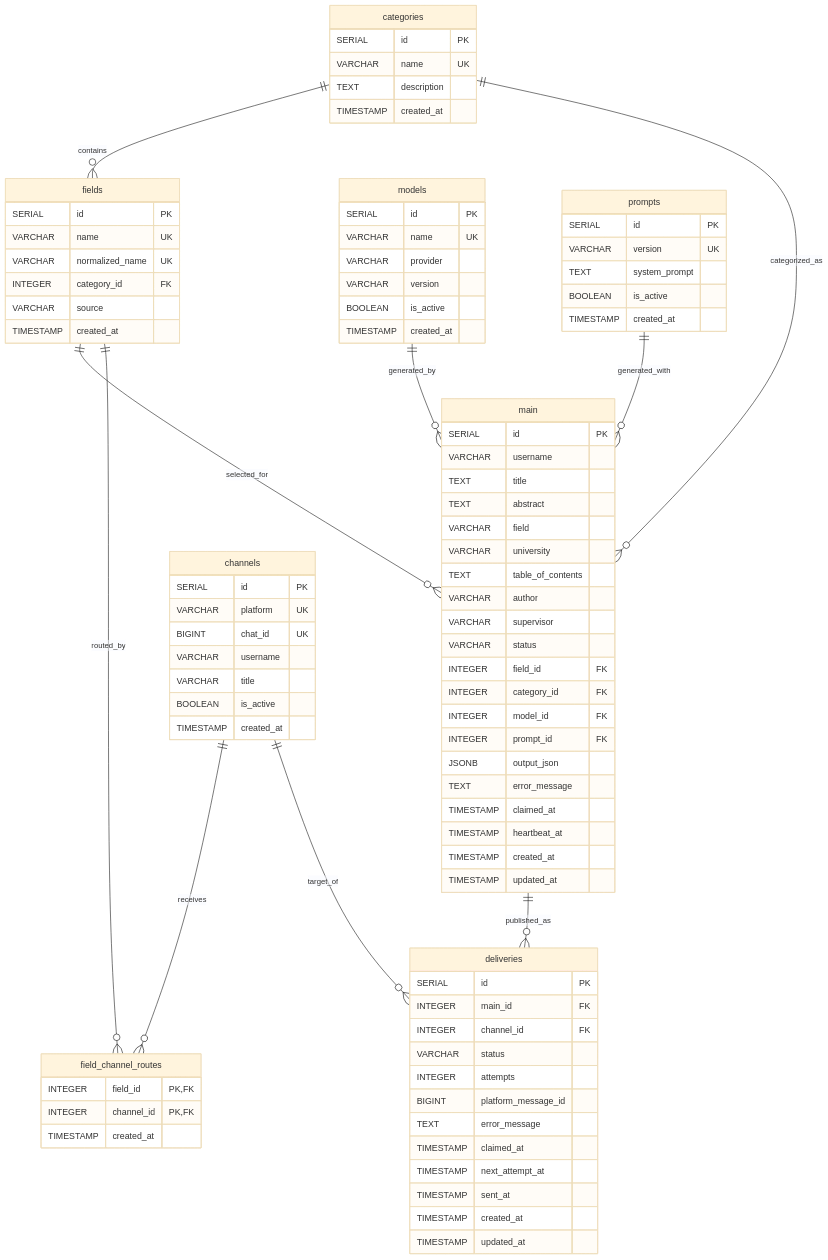
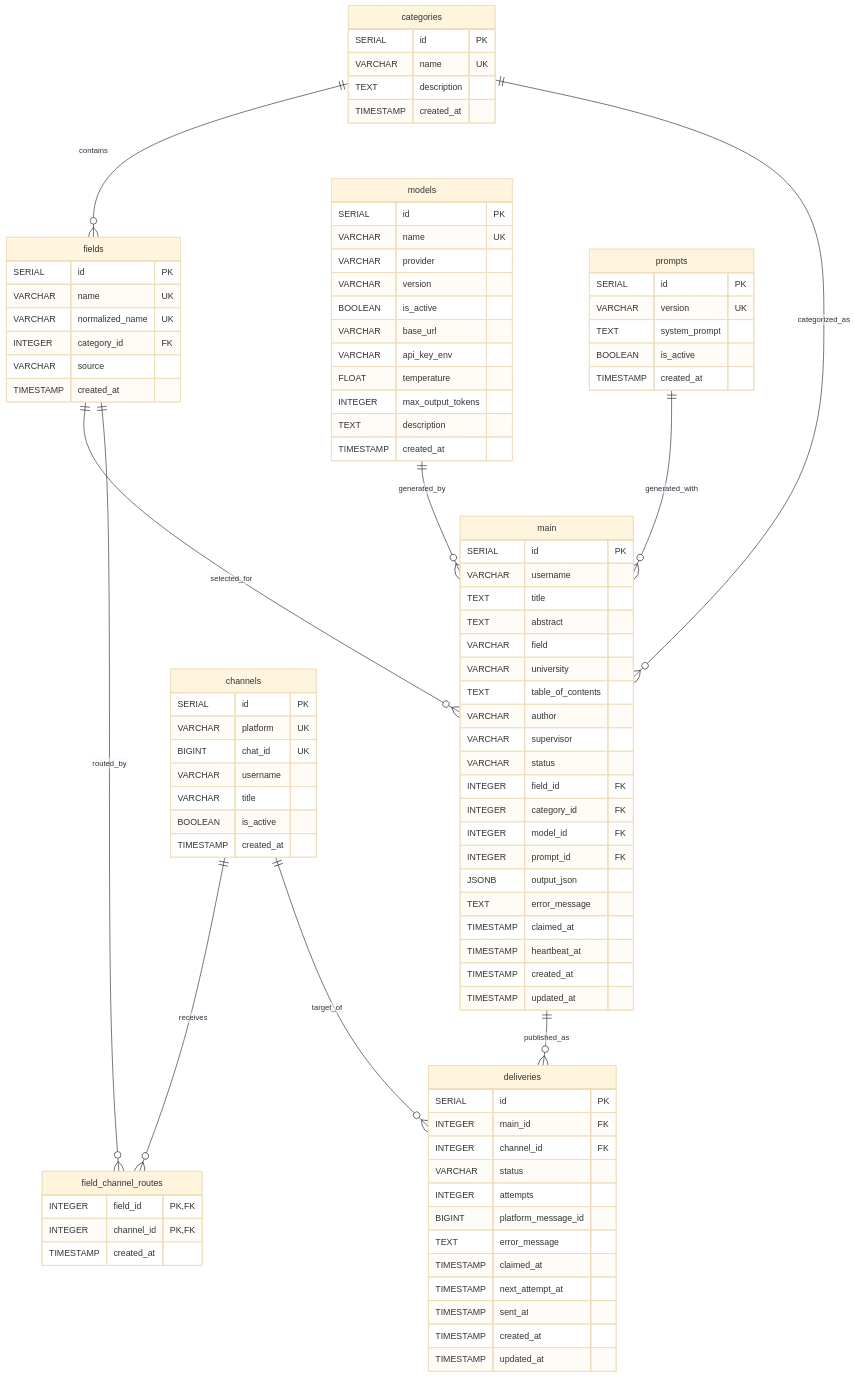
One commit to MohadeseAnsari/project changed the diagram in docs/erd.md. Above: the diagram before and after it, drawn with Mermaid (base theme). The commit also changed 2 other files, not shown here.

Commit message:
feat(db): real model configuration columns

```diff
--- a/docs/erd.md
+++ b/docs/erd.md
@@ -34,6 +34,11 @@
         VARCHAR provider
         VARCHAR version
         BOOLEAN is_active
+        VARCHAR base_url
+        VARCHAR api_key_env
+        FLOAT temperature
+        INTEGER max_output_tokens
+        TEXT description
         TIMESTAMP created_at
     }
 
```
